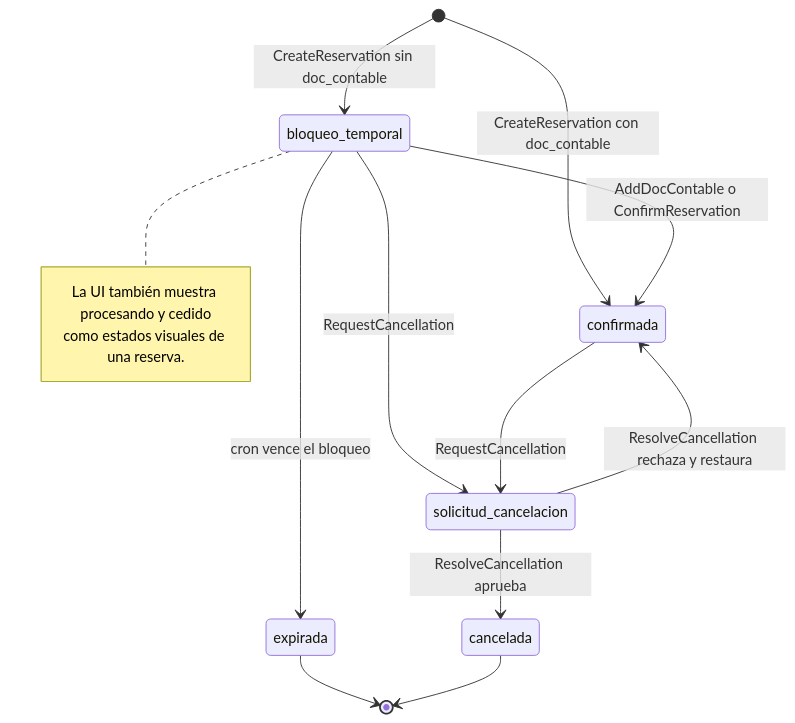
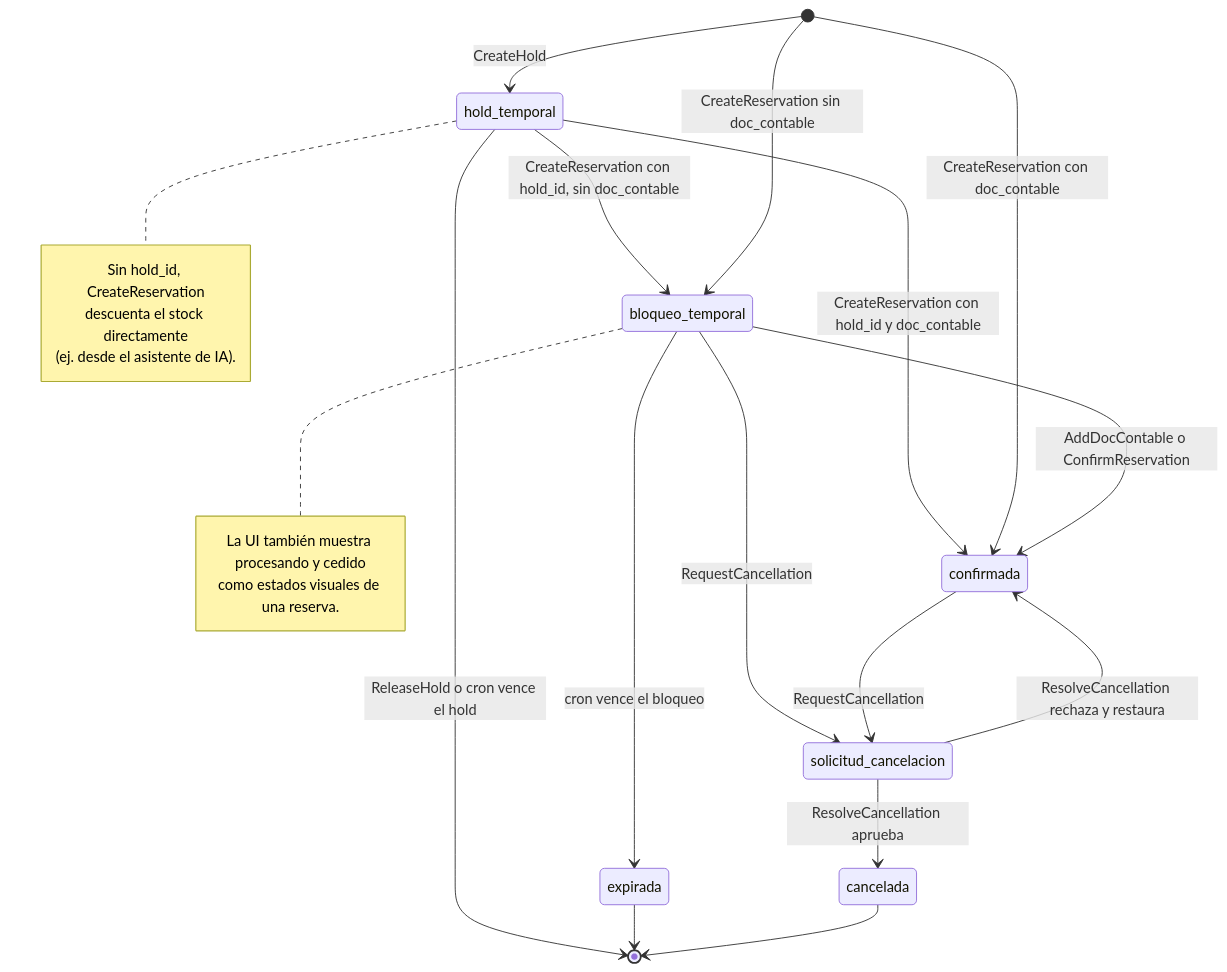
The third of 14 diagrams in docs/FLUJOS_FUNCIONALIDADES.md (j-trz/app.cupos), drawn with Mermaid before and after one commit. The commit also changed other lines of this file and 1 other file, not shown here.

First line of the commit message:
docs: documentar el hold temporal de stock al elegir pasajeros

````diff
--- a/docs/FLUJOS_FUNCIONALIDADES.md
+++ b/docs/FLUJOS_FUNCIONALIDADES.md
@@ -103,17 +110,26 @@
 ```mermaid
 stateDiagram-v2
+    [*] --> hold_temporal: CreateHold
+    hold_temporal --> bloqueo_temporal: CreateReservation con hold_id, sin doc_contable
+    hold_temporal --> confirmada: CreateReservation con hold_id y doc_contable
+    hold_temporal --> [*]: ReleaseHold o cron vence el hold
     [*] --> bloqueo_temporal: CreateReservation sin doc_contable
     [*] --> confirmada: CreateReservation con doc_contable
     bloqueo_temporal --> confirmada: AddDocContable o ConfirmReservation
     bloqueo_temporal --> expirada: cron vence el bloqueo
     bloqueo_temporal --> solicitud_cancelacion: RequestCancellation
     confirmada --> solicitud_cancelacion: RequestCancellation
     solicitud_cancelacion --> cancelada: ResolveCancellation aprueba
     solicitud_cancelacion --> confirmada: ResolveCancellation rechaza y restaura
     expirada --> [*]
     cancelada --> [*]
+    note right of hold_temporal
+        Sin hold_id, CreateReservation
+        descuenta el stock directamente
+        (ej. desde el asistente de IA).
+    end note
     note right of bloqueo_temporal
         La UI también muestra procesando y cedido
         como estados visuales de una reserva.
     end note
 ```
````
